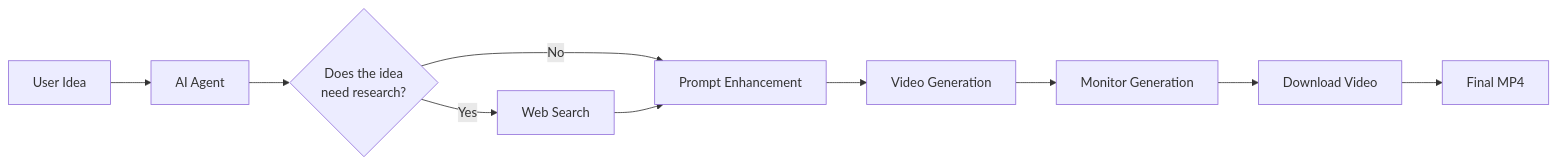
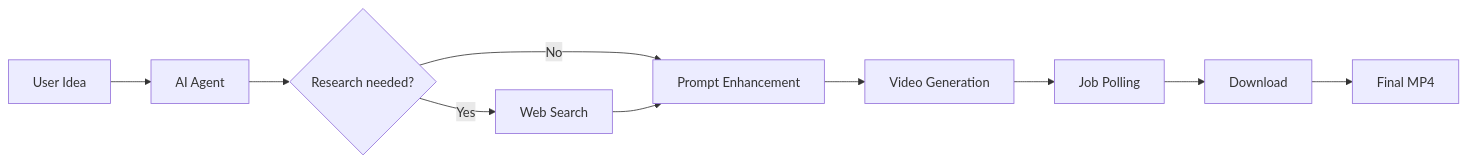
The first of 5 diagrams in README.md (Nadjiba-Rahal/video-agent), drawn with Mermaid before and after one commit. The commit also changed other lines of this file, not shown here.

````diff
--- a/README.md
+++ b/README.md
@@ -28,17 +27,12 @@
 ```mermaid
 flowchart LR
     A["User Idea"] --> B["AI Agent"]
-
-    B --> C{"Does the idea<br/>need research?"}
-
+    B --> C{"Research needed?"}
     C -->|Yes| D["Web Search"]
     C -->|No| E["Prompt Enhancement"]
-
     D --> E
     E --> F["Video Generation"]
-
-    F --> G["Monitor Generation"]
-    G --> H["Download Video"]
-
+    F --> G["Job Polling"]
+    G --> H["Download"]
     H --> I["Final MP4"]
 ```
````
